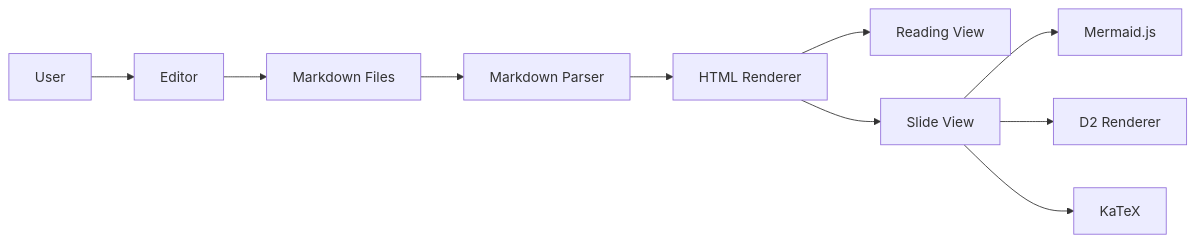
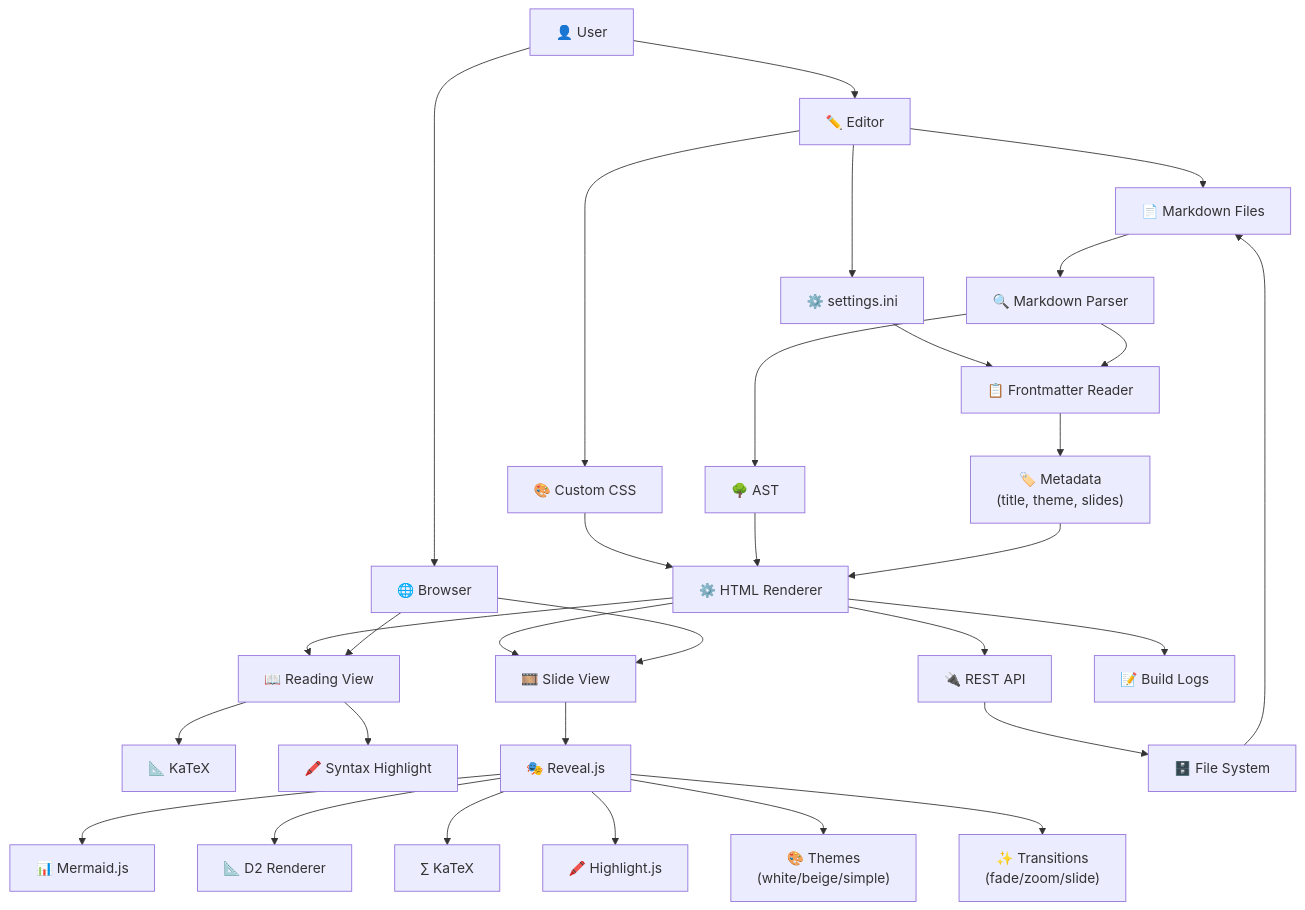
One commit to sizhky/vyasa changed the first of 2 diagrams in demo/reveal-slides.md. Above: the diagram before and after it, drawn with Mermaid. The commit also changed other lines of this file and 2 other files, not shown here.

Commit message:
placement fix

````diff
--- a/demo/reveal-slides.md
+++ b/demo/reveal-slides.md
@@ -149,12 +152,42 @@
 ```mermaid
-flowchart LR
-  user["User"] --> editor["Editor"]
-  editor --> md["Markdown Files"]
-  md --> parser["Markdown Parser"]
-  parser --> renderer["HTML Renderer"]
-  renderer --> read["Reading View"]
-  renderer --> slide["Slide View"]
-  slide --> mermaid["Mermaid.js"]
-  slide --> d2["D2 Renderer"]
-  slide --> math["KaTeX"]
+flowchart TD
+  user["👤 User"] --> editor["✏️ Editor"]
+  user --> browser["🌐 Browser"]
+
+  editor --> md["📄 Markdown Files"]
+  editor --> config["⚙️ settings.ini"]
+  editor --> css["🎨 Custom CSS"]
+
+  md --> parser["🔍 Markdown Parser"]
+  config --> frontmatter["📋 Frontmatter Reader"]
+  css --> renderer
+
+  parser --> frontmatter
+  frontmatter --> meta["🏷️ Metadata\n(title, theme, slides)"]
+  parser --> ast["🌳 AST"]
+
+  ast --> renderer["⚙️ HTML Renderer"]
+  meta --> renderer
+
+  renderer --> read["📖 Reading View"]
+  renderer --> slide["🎞️ Slide View"]
+  renderer --> api["🔌 REST API"]
+  renderer --> logs["📝 Build Logs"]
+
+  read --> katex_r["📐 KaTeX"]
+  read --> highlight_r["🖍️ Syntax Highlight"]
+
+  slide --> reveal["🎭 Reveal.js"]
+  reveal --> mermaid["📊 Mermaid.js"]
+  reveal --> d2["📐 D2 Renderer"]
+  reveal --> math["∑ KaTeX"]
+  reveal --> highlight["🖍️ Highlight.js"]
+  reveal --> themes["🎨 Themes\n(white/beige/simple)"]
+  reveal --> transitions["✨ Transitions\n(fade/zoom/slide)"]
+
+  api --> storage["🗄️ File System"]
+  storage --> md
+
+  browser --> read
+  browser --> slide
 ```
````
